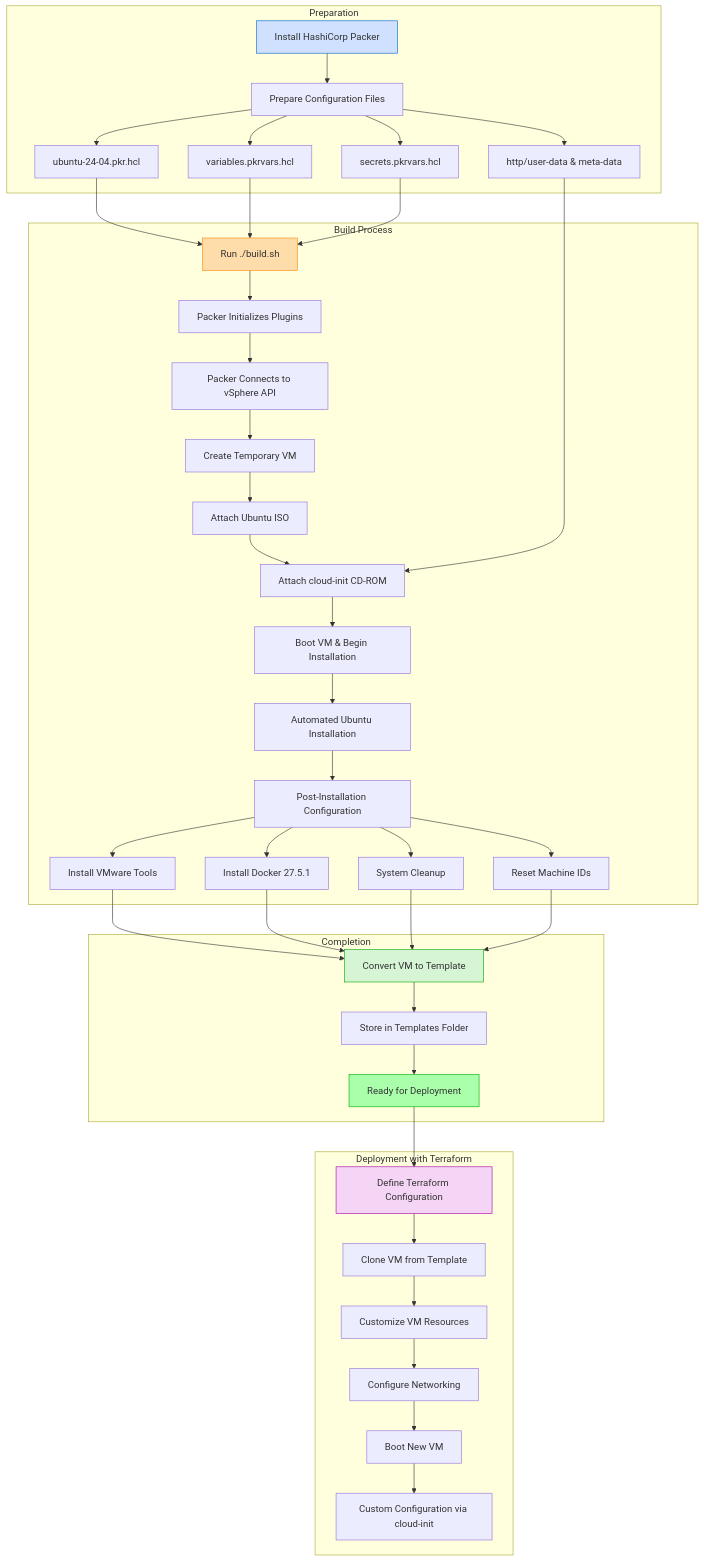
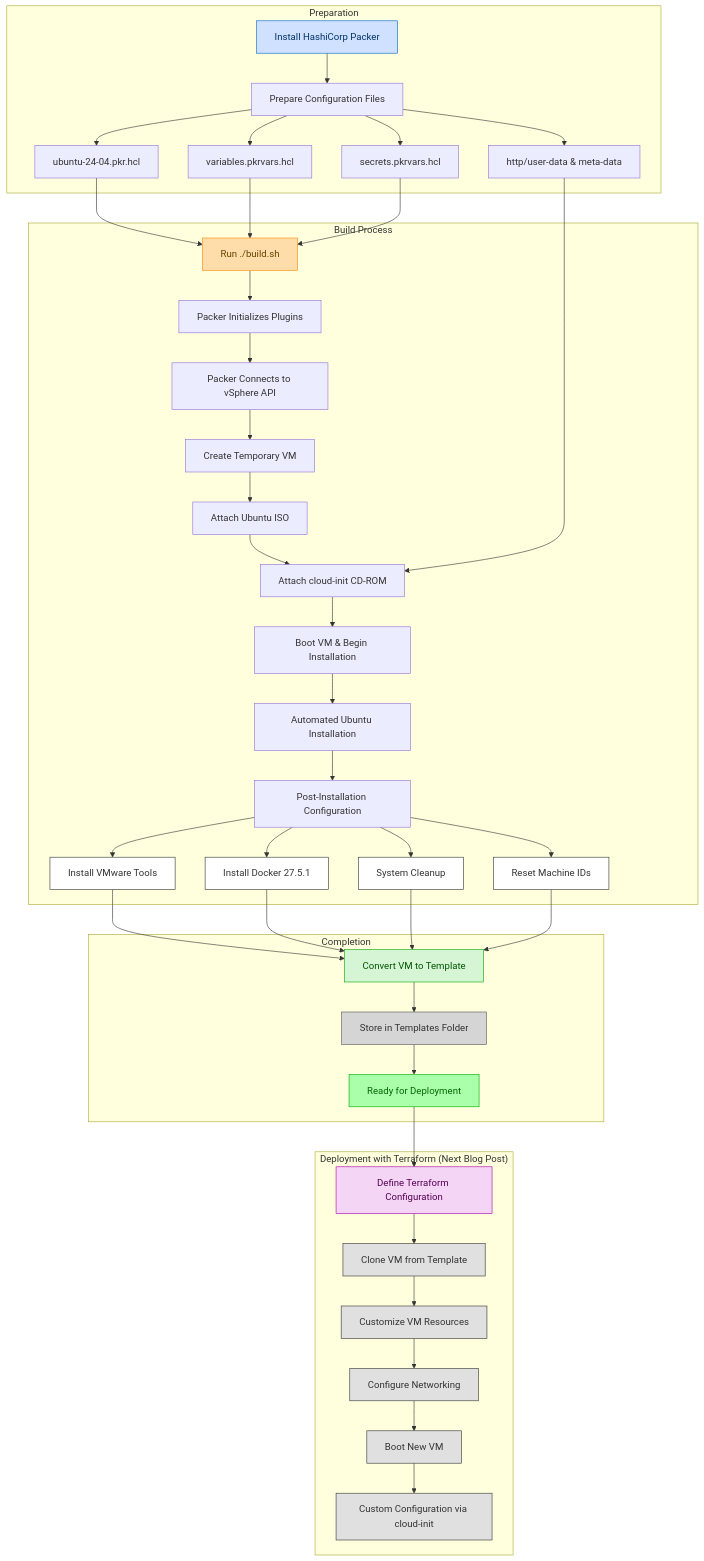
The diagram in vSphere/Packer/blog.md (VasanthKumarTR/proxmox-templates), drawn with Mermaid before and after one commit.

Commit message:
better contrast in pic colors

````diff
--- a/vSphere/Packer/blog.md
+++ b/vSphere/Packer/blog.md
@@ -45,55 +45,65 @@
 ```mermaid
 flowchart TD
     subgraph "Preparation"
         A[Install HashiCorp Packer] --> B[Prepare Configuration Files]
         B --> C1[ubuntu-24-04.pkr.hcl]
         B --> C2[variables.pkrvars.hcl]
         B --> C3[secrets.pkrvars.hcl]
         B --> C4[http/user-data & meta-data]
     end
 
     subgraph "Build Process"
         D[Run ./build.sh] --> E[Packer Initializes Plugins]
         E --> F[Packer Connects to vSphere API]
         F --> G[Create Temporary VM]
         G --> H[Attach Ubuntu ISO]
         H --> I[Attach cloud-init CD-ROM]
         I --> J[Boot VM & Begin Installation]
         J --> K[Automated Ubuntu Installation]
         K --> L[Post-Installation Configuration]
         L --> L1[Install VMware Tools]
         L --> L2[Install Docker 27.5.1]
         L --> L3[System Cleanup]
         L --> L4[Reset Machine IDs]
     end
 
     subgraph "Completion"
         M[Convert VM to Template] --> N[Store in Templates Folder]
         N --> O[Ready for Deployment]
     end
 
     C1 --> D
     C2 --> D
     C3 --> D
     C4 --> I
     L1 --> M
     L2 --> M
     L3 --> M
     L4 --> M
 
-    subgraph "Deployment with Terraform"
+    subgraph "Deployment with Terraform (Next Blog Post)"
         P[Define Terraform Configuration] --> Q[Clone VM from Template]
         Q --> R[Customize VM Resources]
         R --> S[Configure Networking]
         S --> T[Boot New VM]
         T --> U[Custom Configuration via cloud-init]
     end
 
     O --> P
 
-    style A fill:#d0e0ff,stroke:#0066cc
-    style D fill:#ffddaa,stroke:#ff8800
-    style M fill:#d5f5d5,stroke:#00aa00
-    style O fill:#aaffaa,stroke:#00aa00
-    style P fill:#f5d5f5,stroke:#aa00aa
+    style A fill:#d0e0ff,stroke:#0066cc,color:#003366
+    style D fill:#ffddaa,stroke:#ff8800,color:#664400
+    style M fill:#d5f5d5,stroke:#00aa00,color:#005500
+    style N fill:#d5d5d5,stroke:#555555,color:#333333
+    style O fill:#aaffaa,stroke:#00aa00,color:#006600
+    style P fill:#f5d5f5,stroke:#aa00aa,color:#550055
+    style L1 fill:#ffffff,stroke:#333333,color:#333333
+    style L2 fill:#ffffff,stroke:#333333,color:#333333
+    style L3 fill:#ffffff,stroke:#333333,color:#333333
+    style L4 fill:#ffffff,stroke:#333333,color:#333333
+    style Q fill:#e0e0e0,stroke:#333333,color:#333333
+    style R fill:#e0e0e0,stroke:#333333,color:#333333
+    style S fill:#e0e0e0,stroke:#333333,color:#333333
+    style T fill:#e0e0e0,stroke:#333333,color:#333333
+    style U fill:#e0e0e0,stroke:#333333,color:#333333
 ```
````
